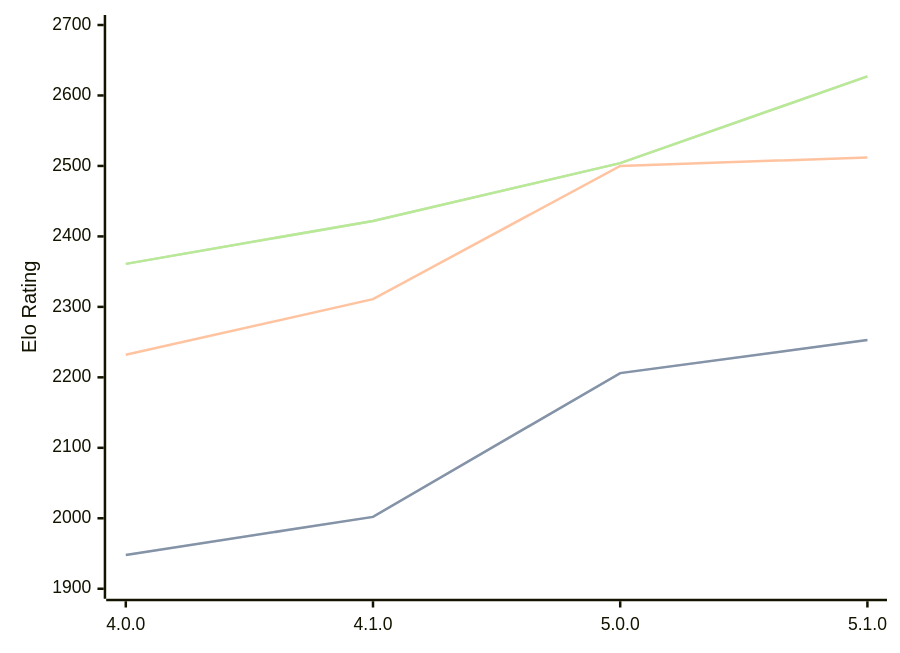
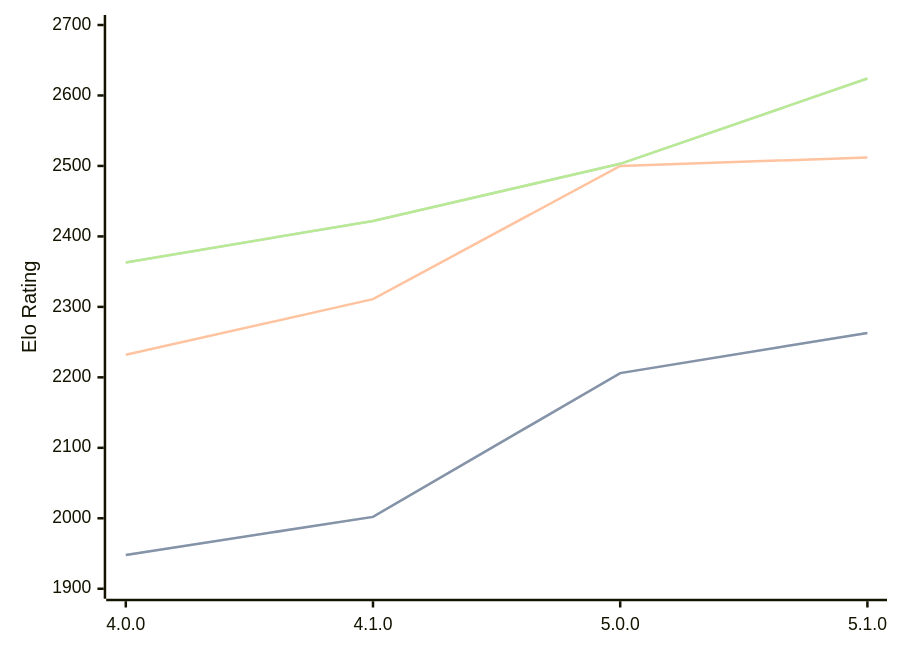
One commit to computer-chess-index/cci changed the diagram in engines/Aconcagua.md. Above: the diagram before and after it, drawn with Mermaid. The commit also changed other lines of this file, not shown here.

Commit message:
Update CCI Ratings (ELO VLTC) - 2026-03-06

````diff
--- a/engines/Aconcagua.md
+++ b/engines/Aconcagua.md
@@ -41,11 +41,11 @@
 ```mermaid
 %%{init: {"theme":"base","themeVariables":{"seriesColors:['#a3a3a3','#222221','#faa371']}}}%%
 xychart-beta
   x-axis ["4.0.0", "4.1.0", "5.0.0", "5.1.0"]
   y-axis "Elo Rating" 1900 --> 2700
-  line "STC (8.0+0.08s)" [1948, 2002, 2206, 2253]
-  line "STC (8.0+0.08s)" [1948, 2002, 2206, 2253]
+  line "STC (8.0+0.08s)" [1948, 2002, 2206, 2263]
+  line "STC (8.0+0.08s)" [1948, 2002, 2206, 2263]
   line "LTC (60.0+0.60s)" [2232, 2311, 2500, 2512]
-  line "VLTC (2m24s+1.12s)" [2361, 2422, 2504, 2627]
-  line "VLTC (2m24s+1.12s)" [2361, 2422, 2504, 2627]
+  line "VLTC (2m24s+1.12s)" [2363, 2422, 2503, 2624]
+  line "VLTC (2m24s+1.12s)" [2363, 2422, 2503, 2624]
 ```
````
